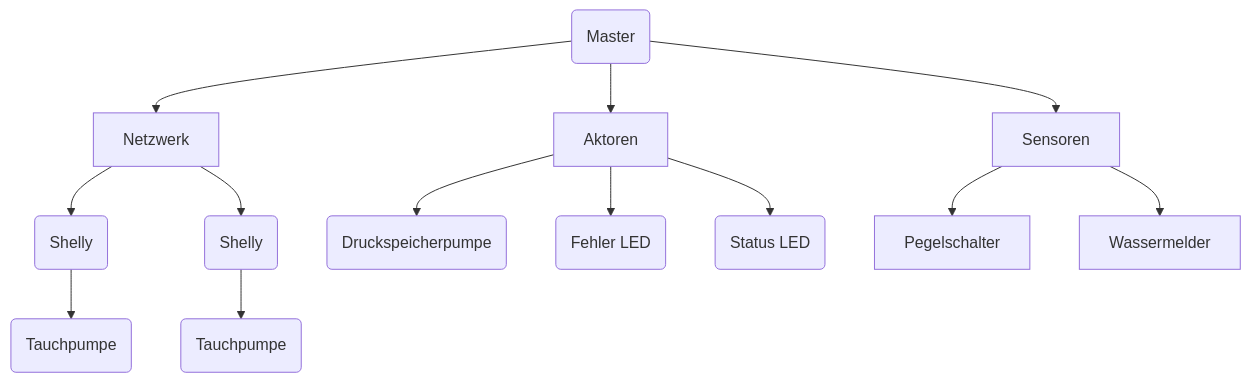
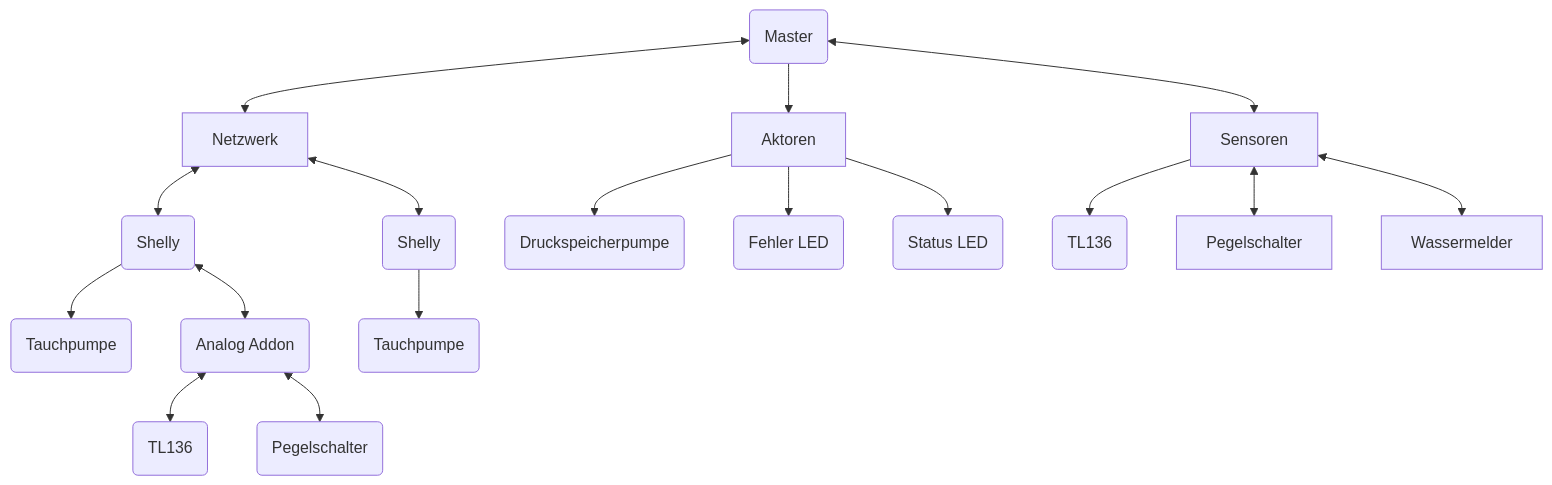
The first of 2 diagrams in README.md (Gamer08YT/Hauswasserwerk), drawn with Mermaid before and after one commit. The commit also changed other lines of this file and 4 other files, not shown here.

````diff
--- a/README.md
+++ b/README.md
@@ -30,15 +30,19 @@
 ```mermaid
 graph TD
-    Master(Master) --> Netzwerk
-    Netzwerk --> Shelly1(Shelly)
-    Netzwerk --> Shelly2(Shelly)
+    Master(Master) <--> Netzwerk
+    Netzwerk <--> Shelly1(Shelly)
+    Netzwerk <--> Shelly2(Shelly)
     Shelly1 --> Pumpe1(Tauchpumpe)
     Shelly2 --> Pumpe2(Tauchpumpe)
+    Shelly1 <--> Addon(Analog Addon)
+    Addon <--> TL1361(TL136)
+    Addon <--> Pegelschalter2(Pegelschalter)
     Master --> Aktoren
     Aktoren --> Pumpe3(Druckspeicherpumpe)
     Aktoren --> Lampe1(Fehler LED)
     Aktoren --> Lampe2(Status LED)
-    Master --> Sensoren
-    Sensoren --> Pegelschalter
-    Sensoren --> Wassermelder
+    Master <--> Sensoren
+    Sensoren --> TL136(TL136)
+    Sensoren <--> Pegelschalter
+    Sensoren <--> Wassermelder
 ```
````
